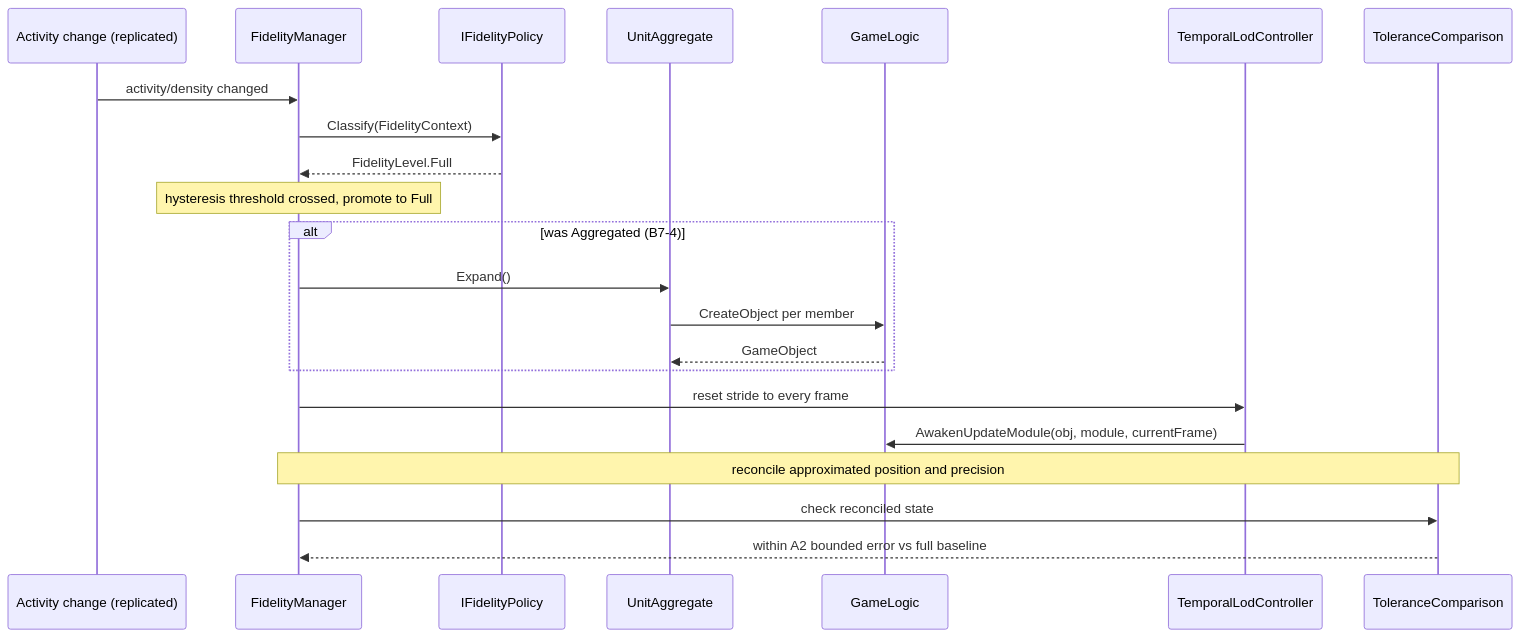
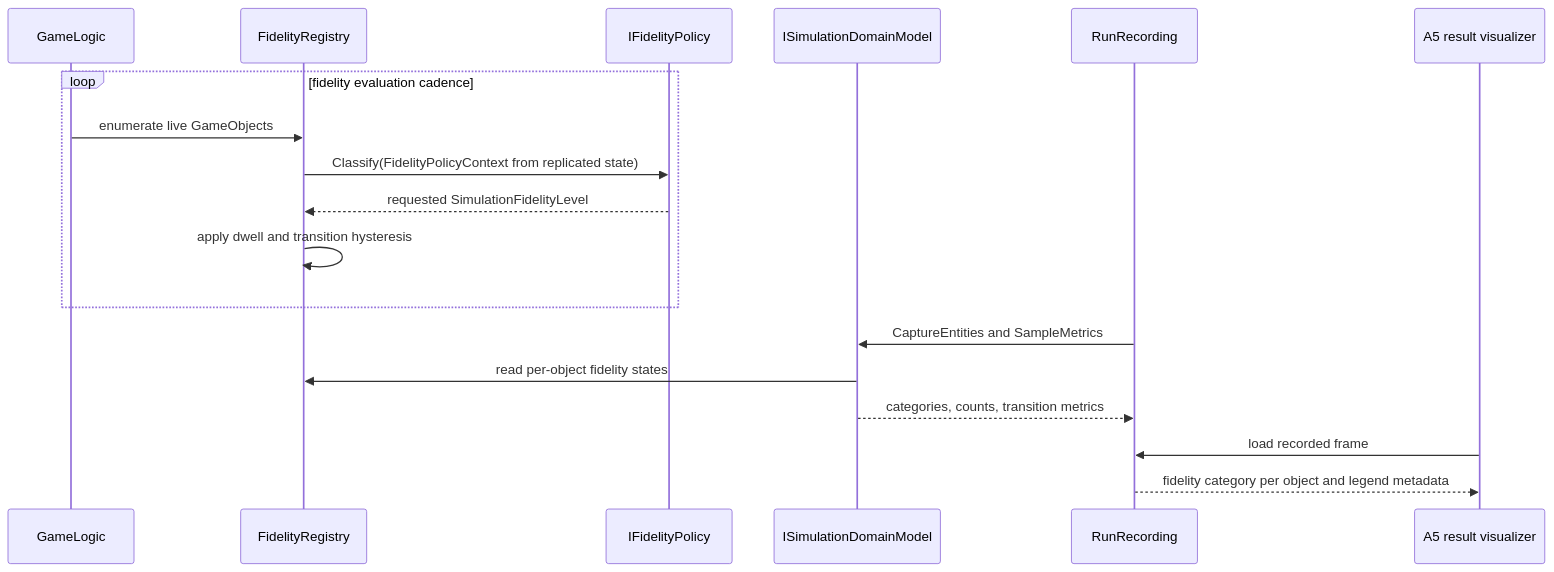
One commit to rmessinger/Panopticon changed the second of 2 diagrams in docs/roadmap/deep-dives/b7-variable-fidelity.md. Above: the diagram before and after it, drawn with Mermaid. The commit also changed other lines of this file and 148 other files, not shown here.

First line of the commit message:
docs(roadmap): detail-first Western Front revision and cards for W1-W6, B1, B4a, B6, B7, H

````diff
--- a/docs/roadmap/deep-dives/b7-variable-fidelity.md
+++ b/docs/roadmap/deep-dives/b7-variable-fidelity.md
@@ -336,25 +220,21 @@
 ```mermaid
 sequenceDiagram
-  participant SRC as Activity change (replicated)
-  participant FM as FidelityManager
+  participant GL as GameLogic
+  participant FR as FidelityRegistry
   participant POL as IFidelityPolicy
-  participant AGG as UnitAggregate
-  participant GL as GameLogic
-  participant TLC as TemporalLodController
-  participant CMP as ToleranceComparison
+  participant DM as ISimulationDomainModel
+  participant REC as RunRecording
+  participant VIS as A5 result visualizer
 
-  SRC->>FM: activity/density changed
-  FM->>POL: Classify(FidelityContext)
-  POL-->>FM: FidelityLevel.Full
-  Note over FM: hysteresis threshold crossed, promote to Full
-  alt was Aggregated (B7-4)
-    FM->>AGG: Expand()
-    AGG->>GL: CreateObject per member
-    GL-->>AGG: GameObject
+  loop fidelity evaluation cadence
+    GL->>FR: enumerate live GameObjects
+    FR->>POL: Classify(FidelityPolicyContext from replicated state)
+    POL-->>FR: requested SimulationFidelityLevel
+    FR->>FR: apply dwell and transition hysteresis
   end
-  FM->>TLC: reset stride to every frame
-  TLC->>GL: AwakenUpdateModule(obj, module, currentFrame)
-  Note over FM,CMP: reconcile approximated position and precision
-  FM->>CMP: check reconciled state
-  CMP-->>FM: within A2 bounded error vs full baseline
+  REC->>DM: CaptureEntities and SampleMetrics
+  DM->>FR: read per-object fidelity states
+  DM-->>REC: categories, counts, transition metrics
+  VIS->>REC: load recorded frame
+  REC-->>VIS: fidelity category per object and legend metadata
 ```
````
